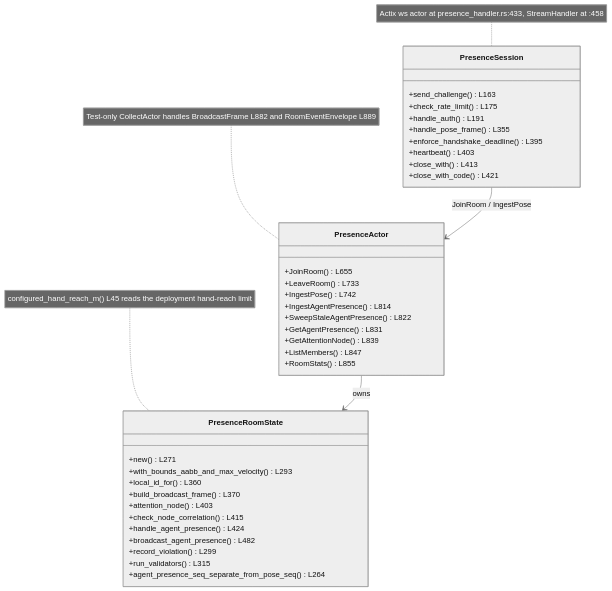
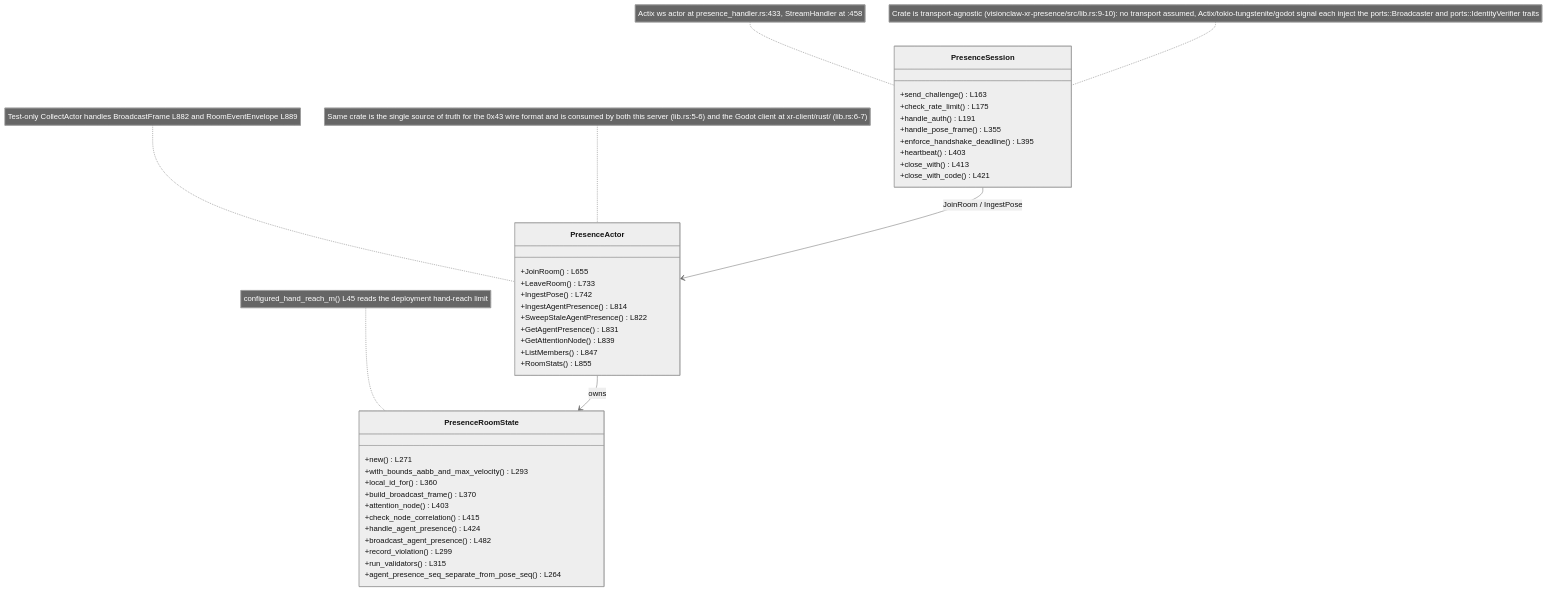
Before and after one commit to DreamLab-AI/VisionFlow: the fourth of 4 diagrams in docs/diagrams/visionclaw/17-xr-presence-crate.md, drawn with Mermaid (neutral theme). The commit also changed other lines of this file and 136 other files, not shown here.

First line of the commit message:
docs(diagrams): refresh the whole corpus to code HEAD and prune low-value diagrams

````diff
--- a/docs/diagrams/visionclaw/17-xr-presence-crate.md
+++ b/docs/diagrams/visionclaw/17-xr-presence-crate.md
@@ -243,43 +132,45 @@
 ```mermaid
 classDiagram
     class PresenceActor {
         +JoinRoom() L655
         +LeaveRoom() L733
         +IngestPose() L742
         +IngestAgentPresence() L814
         +SweepStaleAgentPresence() L822
         +GetAgentPresence() L831
         +GetAttentionNode() L839
         +ListMembers() L847
         +RoomStats() L855
     }
     class PresenceRoomState {
         +new() L271
         +with_bounds_aabb_and_max_velocity() L293
         +local_id_for() L360
         +build_broadcast_frame() L370
         +attention_node() L403
         +check_node_correlation() L415
         +handle_agent_presence() L424
         +broadcast_agent_presence() L482
         +record_violation() L299
         +run_validators() L315
         +agent_presence_seq_separate_from_pose_seq() L264
     }
     class PresenceSession {
         +send_challenge() L163
         +check_rate_limit() L175
         +handle_auth() L191
         +handle_pose_frame() L355
         +enforce_handshake_deadline() L395
         +heartbeat() L403
         +close_with() L413
         +close_with_code() L421
     }
     PresenceSession --> PresenceActor : JoinRoom / IngestPose
     PresenceActor --> PresenceRoomState : owns
 
     note for PresenceSession "Actix ws actor at presence_handler.rs:433, StreamHandler at :458"
     note for PresenceRoomState "configured_hand_reach_m() L45 reads the deployment hand-reach limit"
     note for PresenceActor "Test-only CollectActor handles BroadcastFrame L882 and RoomEventEnvelope L889"
+    note for PresenceSession "Crate is transport-agnostic (visionclaw-xr-presence/src/lib.rs:9-10): no transport assumed, Actix/tokio-tungstenite/godot signal each inject the ports::Broadcaster and ports::IdentityVerifier traits"
+    note for PresenceActor "Same crate is the single source of truth for the 0x43 wire format and is consumed by both this server (lib.rs:5-6) and the Godot client at xr-client/rust/ (lib.rs:6-7)"
 ```
````
